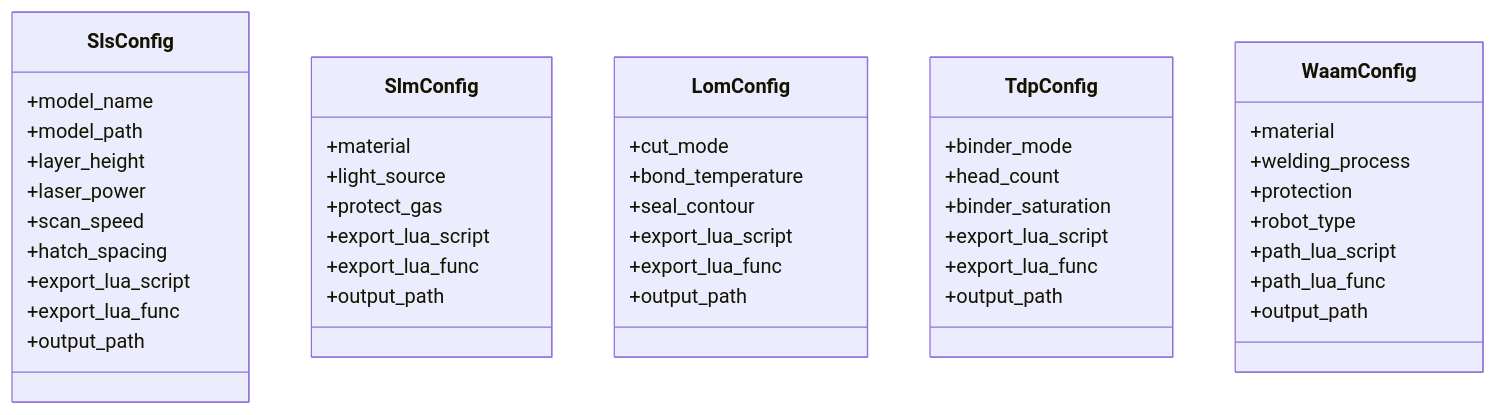
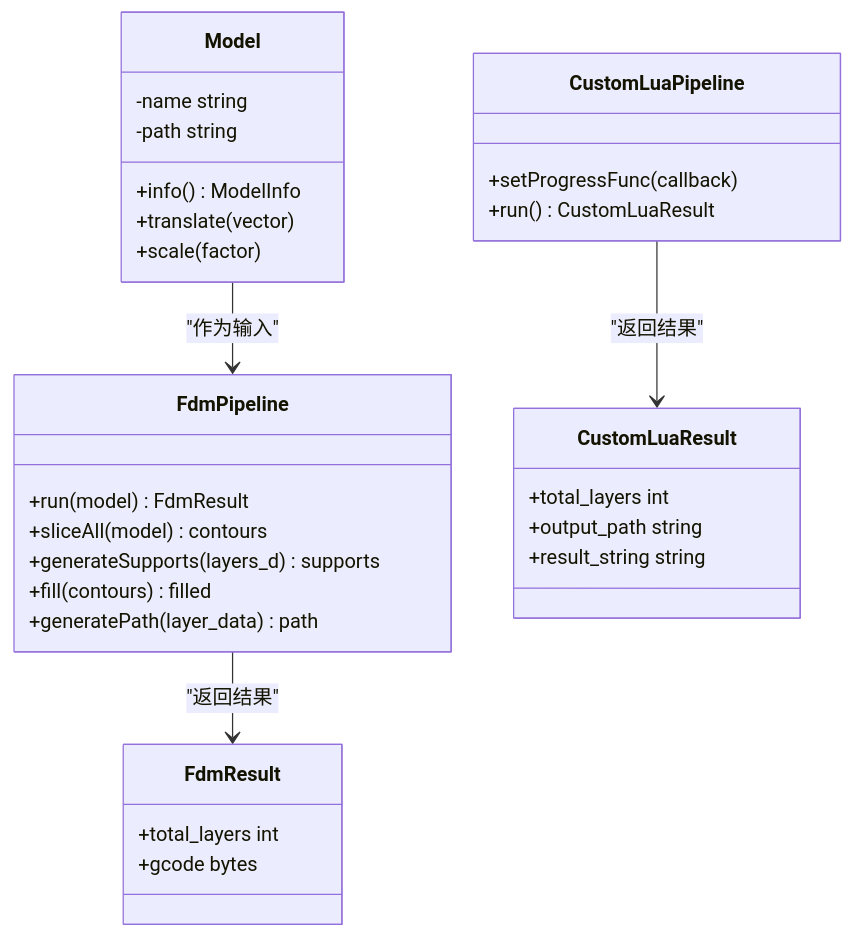
One commit to hsmbanlance/HsBaSlicer changed the fifth of 10 diagrams in .qoder/repowiki/zh/content/项目概述与快速开始.md. Above: the diagram before and after it, drawn with Mermaid. The commit also changed other lines of this file and 1095 other files, not shown here.

````diff
--- a/.qoder/repowiki/zh/content/项目概述与快速开始.md
+++ b/.qoder/repowiki/zh/content/项目概述与快速开始.md
@@ -196,47 +216,33 @@
 ```mermaid
 classDiagram
-class SlsConfig {
-+model_name
-+model_path
-+layer_height
-+laser_power
-+scan_speed
-+hatch_spacing
-+export_lua_script
-+export_lua_func
-+output_path
+class Model {
++info() ModelInfo
++translate(vector)
++scale(factor)
+-name string
+-path string
 }
-class SlmConfig {
-+material
-+light_source
-+protect_gas
-+export_lua_script
-+export_lua_func
-+output_path
+class FdmPipeline {
++run(model) FdmResult
++sliceAll(model) contours
++generateSupports(layers_d) supports
++fill(contours) filled
++generatePath(layer_data) path
 }
-class LomConfig {
-+cut_mode
-+bond_temperature
-+seal_contour
-+export_lua_script
-+export_lua_func
-+output_path
+class CustomLuaPipeline {
++setProgressFunc(callback)
++run() CustomLuaResult
 }
-class TdpConfig {
-+binder_mode
-+head_count
-+binder_saturation
-+export_lua_script
-+export_lua_func
-+output_path
+class FdmResult {
++total_layers int
++gcode bytes
 }
-class WaamConfig {
-+material
-+welding_process
-+protection
-+robot_type
-+path_lua_script
-+path_lua_func
-+output_path
+class CustomLuaResult {
++total_layers int
++output_path string
++result_string string
 }
+Model --> FdmPipeline : "作为输入"
+FdmPipeline --> FdmResult : "返回结果"
+CustomLuaPipeline --> CustomLuaResult : "返回结果"
 ```
````
